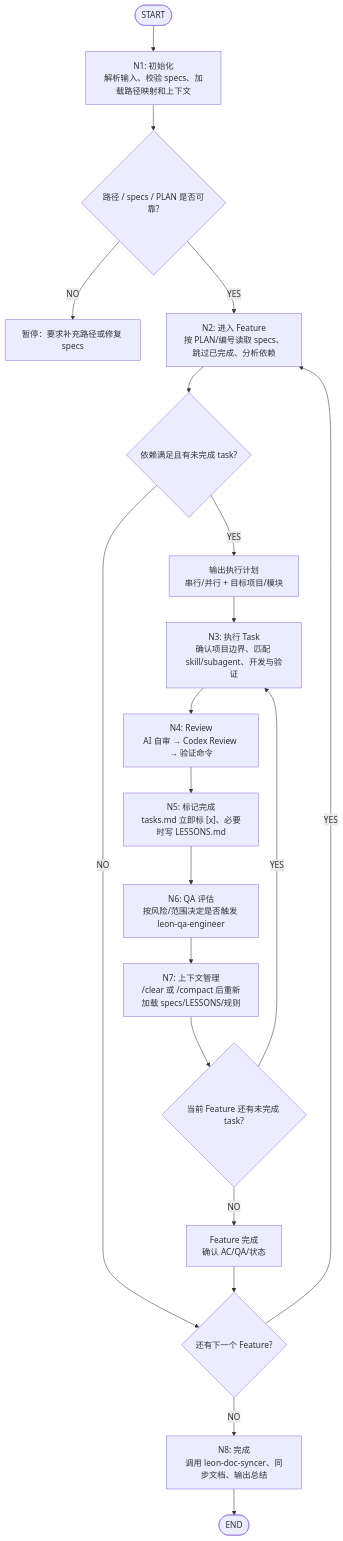
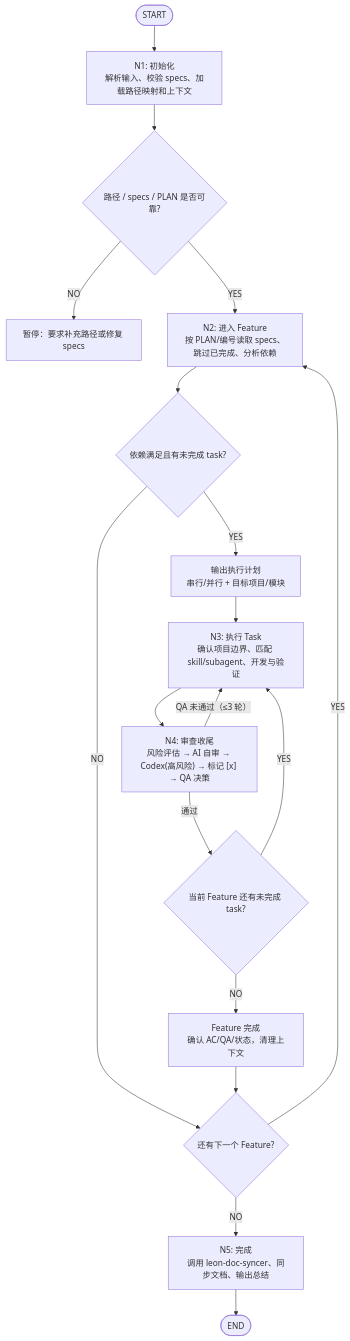
Before and after one commit to Leon4868/.claude: the diagram in commands/leon:ai.md, drawn with Mermaid. The commit also changed other lines of this file and 73 other files, not shown here.

````diff
--- a/commands/leon:ai.md
+++ b/commands/leon:ai.md
@@ -62,40 +47,32 @@
 ```mermaid
 flowchart TD
     START([START]) --> N1
 
     N1["N1: 初始化\n解析输入、校验 specs、加载路径映射和上下文"]
     N1 --> PRECHECK{路径 / specs / PLAN 是否可靠?}
     PRECHECK -->|NO| PAUSE["暂停：要求补充路径或修复 specs"]
     PRECHECK -->|YES| N2
 
     N2["N2: 进入 Feature\n按 PLAN/编号读取 specs、跳过已完成、分析依赖"]
     N2 --> FEATURE_READY{依赖满足且有未完成 task?}
     FEATURE_READY -->|NO| NEXT_FEATURE{还有下一个 Feature?}
     FEATURE_READY -->|YES| PLAN["输出执行计划\n串行/并行 + 目标项目/模块"]
     PLAN --> N3
 
     N3["N3: 执行 Task\n确认项目边界、匹配 skill/subagent、开发与验证"]
     N3 --> N4
 
-    N4["N4: Review\nAI 自审 → Codex Review → 验证命令"]
-    N4 --> N5
-
-    N5["N5: 标记完成\ntasks.md 立即标 [x]、必要时写 LESSONS.md"]
-    N5 --> N6
-
-    N6["N6: QA 评估\n按风险/范围决定是否触发 leon-qa-engineer"]
-    N6 --> N7
-
-    N7["N7: 上下文管理\n/clear 或 /compact 后重新加载 specs/LESSONS/规则"]
-    N7 --> MORE_TASK{当前 Feature 还有未完成 task?}
+    N4["N4: 审查收尾\n风险评估 → AI 自审 → Codex(高风险) → 标记 [x] → QA 决策"]
+    N4 -->|QA 未通过（≤3 轮）| N3
+    N4 -->|通过| MORE_TASK{当前 Feature 还有未完成 task?}
 
     MORE_TASK -->|YES| N3
-    MORE_TASK -->|NO| FEATURE_DONE["Feature 完成\n确认 AC/QA/状态"]
+    MORE_TASK -->|NO| FEATURE_DONE["Feature 完成\n确认 AC/QA/状态，清理上下文"]
 
     FEATURE_DONE --> NEXT_FEATURE
     NEXT_FEATURE -->|YES| N2
-    NEXT_FEATURE -->|NO| N8
+    NEXT_FEATURE -->|NO| N5
 
-    N8["N8: 完成\n调用 leon-doc-syncer、同步文档、输出总结"]
-    N8 --> END([END])
+    N5["N5: 完成\n调用 leon-doc-syncer、同步文档、输出总结"]
+    N5 --> END([END])
 ```
````
